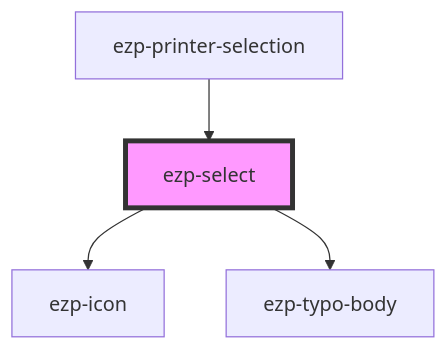
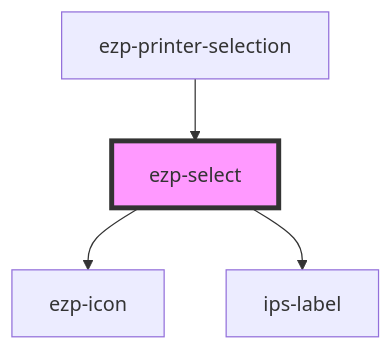
The diagram in src/components/ezp-select/readme.md (ezeep/ezeep-js), drawn with Mermaid before and after one commit. The commit also changed other lines of this file and 26 other files, not shown here.

````diff
--- a/src/components/ezp-select/readme.md
+++ b/src/components/ezp-select/readme.md
@@ -74,7 +71,7 @@
 ```mermaid
 graph TD;
   ezp-select --> ezp-icon
-  ezp-select --> ezp-typo-body
+  ezp-select --> ips-label
   ezp-printer-selection --> ezp-select
   style ezp-select fill:#f9f,stroke:#333,stroke-width:4px
 ```
````
